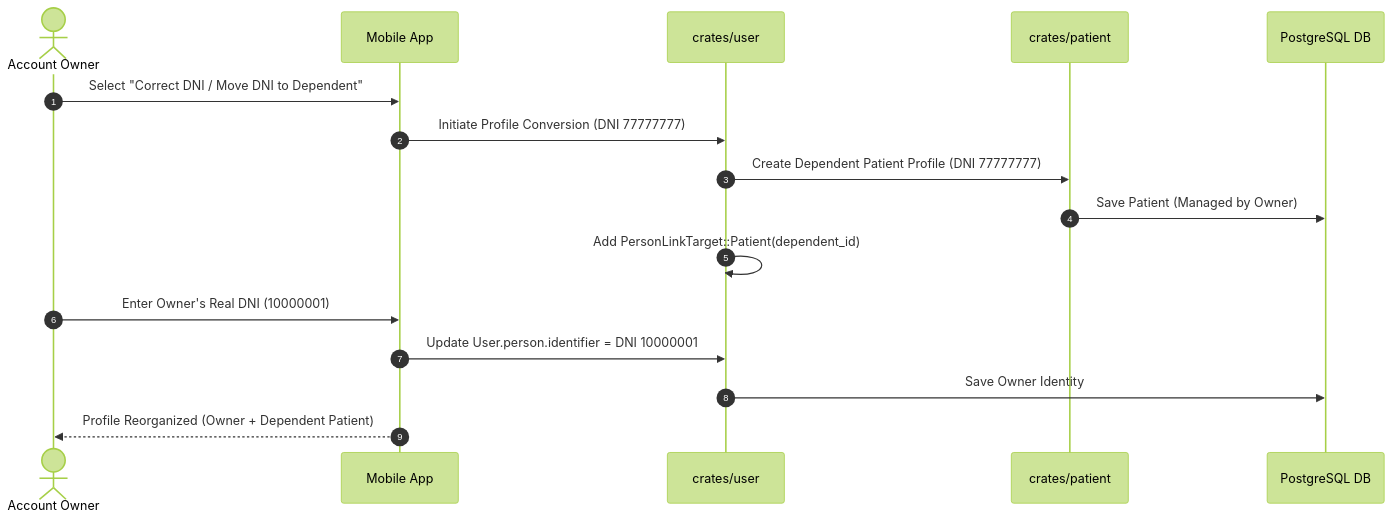
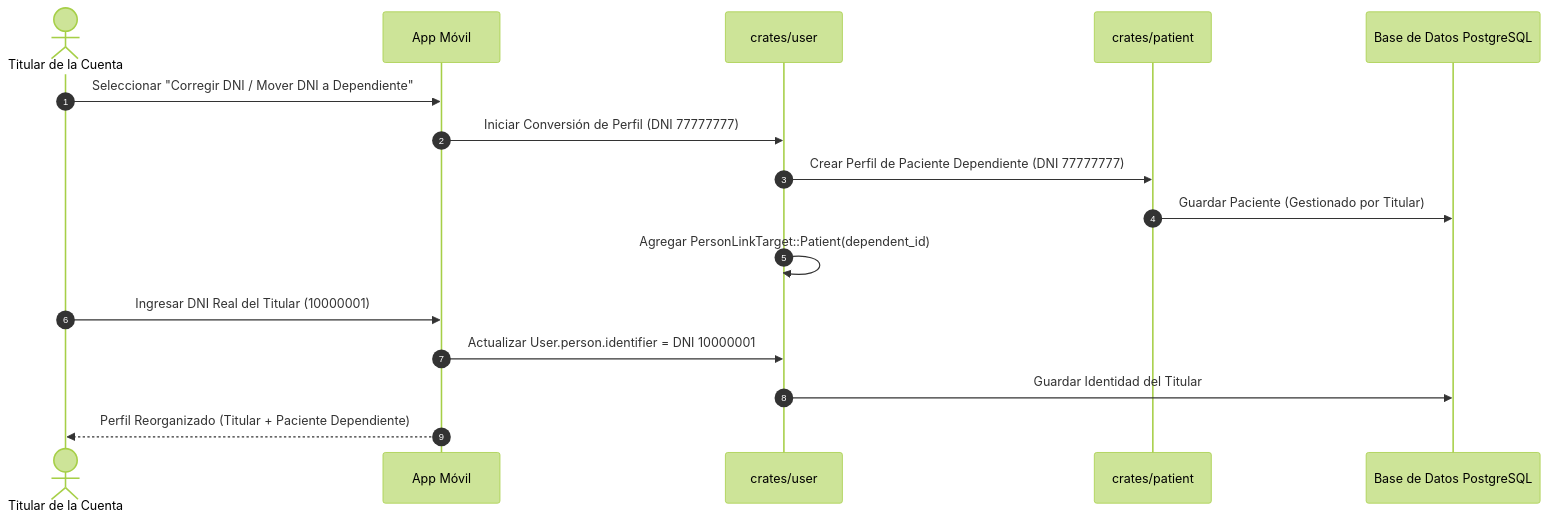
The third of 9 diagrams in backend/AGENTS.md (mamba-black/my-health-record), drawn with Mermaid (forest theme) before and after one commit. The commit also changed other lines of this file, not shown here.

````diff
--- a/backend/AGENTS.md
+++ b/backend/AGENTS.md
@@ -117,20 +117,20 @@
 ```mermaid
 sequenceDiagram
     autonumber
-    actor User as Account Owner
-    participant App as Mobile App
+    actor User as Titular de la Cuenta
+    participant App as App Móvil
     participant UserDomain as crates/user
     participant PatientDomain as crates/patient
-    participant DB as PostgreSQL DB
+    participant DB as Base de Datos PostgreSQL
 
-    User->>App: Select "Correct DNI / Move DNI to Dependent"
-    App->>UserDomain: Initiate Profile Conversion (DNI 77777777)
-    UserDomain->>PatientDomain: Create Dependent Patient Profile (DNI 77777777)
-    PatientDomain->>DB: Save Patient (Managed by Owner)
-    UserDomain->>UserDomain: Add PersonLinkTarget::Patient(dependent_id)
+    User->>App: Seleccionar "Corregir DNI / Mover DNI a Dependiente"
+    App->>UserDomain: Iniciar Conversión de Perfil (DNI 77777777)
+    UserDomain->>PatientDomain: Crear Perfil de Paciente Dependiente (DNI 77777777)
+    PatientDomain->>DB: Guardar Paciente (Gestionado por Titular)
+    UserDomain->>UserDomain: Agregar PersonLinkTarget::Patient(dependent_id)
     
-    User->>App: Enter Owner's Real DNI (10000001)
-    App->>UserDomain: Update User.person.identifier = DNI 10000001
-    UserDomain->>DB: Save Owner Identity
-    App-->>User: Profile Reorganized (Owner + Dependent Patient)
+    User->>App: Ingresar DNI Real del Titular (10000001)
+    App->>UserDomain: Actualizar User.person.identifier = DNI 10000001
+    UserDomain->>DB: Guardar Identidad del Titular
+    App-->>User: Perfil Reorganizado (Titular + Paciente Dependiente)
 ```
````
